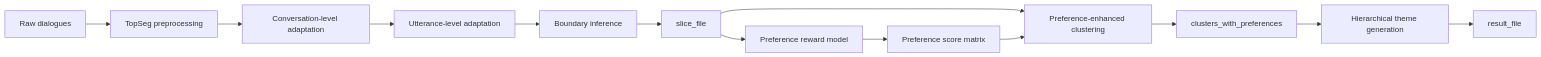
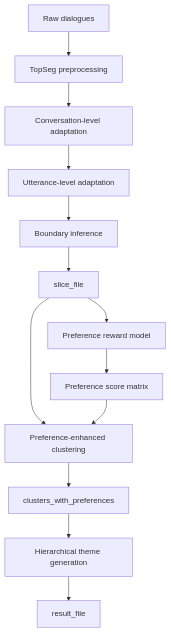
One commit to SUAT-AIRI/CATCH changed the diagram in README.md. Above: the diagram before and after it, drawn with Mermaid.

````diff
--- a/README.md
+++ b/README.md
@@ -196,15 +196,15 @@
 ```mermaid
-flowchart LR
+flowchart TD
     A[Raw dialogues] --> B[TopSeg preprocessing]
     B --> C[Conversation-level adaptation]
     C --> D[Utterance-level adaptation]
     D --> E[Boundary inference]
     E --> F[slice_file]
     F --> G[Preference reward model]
     G --> H[Preference score matrix]
     F --> I[Preference-enhanced clustering]
     H --> I
     I --> J[clusters_with_preferences]
     J --> K[Hierarchical theme generation]
     K --> L[result_file]
 ```
````
